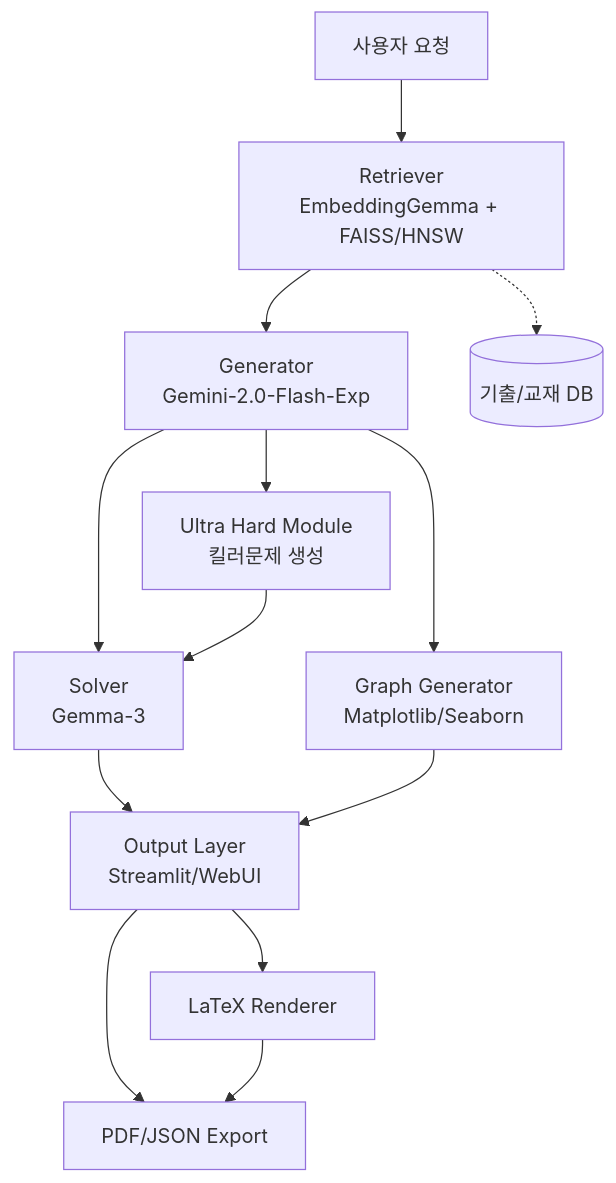
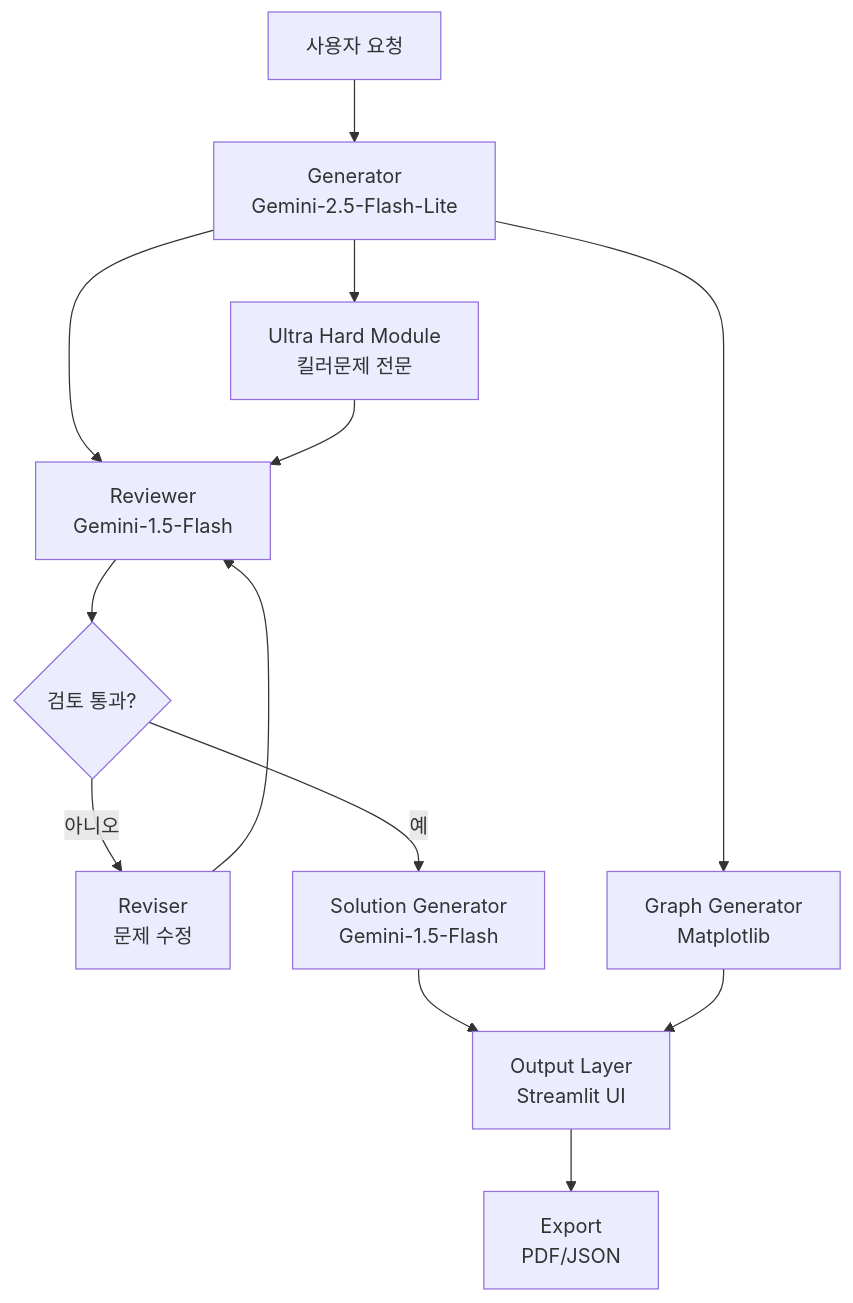
The diagram in README.md (Taewook-git/MathGenerator), drawn with Mermaid before and after one commit. The commit also changed other lines of this file and 24 other files, not shown here.

Commit message:
change architecture

````diff
--- a/README.md
+++ b/README.md
@@ -31,16 +24,15 @@
 ```mermaid
 graph TB
-    A[사용자 요청] --> B[Retriever<br/>EmbeddingGemma + FAISS/HNSW]
-    B --> C[Generator<br/>Gemini-2.0-Flash-Exp]
-    C --> D[Solver<br/>Gemma-3]
-    C --> H[Graph Generator<br/>Matplotlib/Seaborn]
-    C --> I[Ultra Hard Module<br/>킬러문제 생성]
-    D --> E[Output Layer<br/>Streamlit/WebUI]
-    H --> E
-    I --> D
-    
-    B -.-> F[(기출/교재 DB)]
-    E --> G[PDF/JSON Export]
-    E --> J[LaTeX Renderer]
-    J --> G
+    A[사용자 요청] --> B[Generator<br/>Gemini-2.5-Flash-Lite]
+    B --> C[Reviewer<br/>Gemini-1.5-Flash]
+    C --> D{검토 통과?}
+    D -->|아니오| E[Reviser<br/>문제 수정]
+    E --> C
+    D -->|예| F[Solution Generator<br/>Gemini-1.5-Flash]
+    B --> G[Graph Generator<br/>Matplotlib]
+    B --> H[Ultra Hard Module<br/>킬러문제 전문]
+    F --> I[Output Layer<br/>Streamlit UI]
+    G --> I
+    H --> C
+    I --> J[Export<br/>PDF/JSON]
 ```
````
